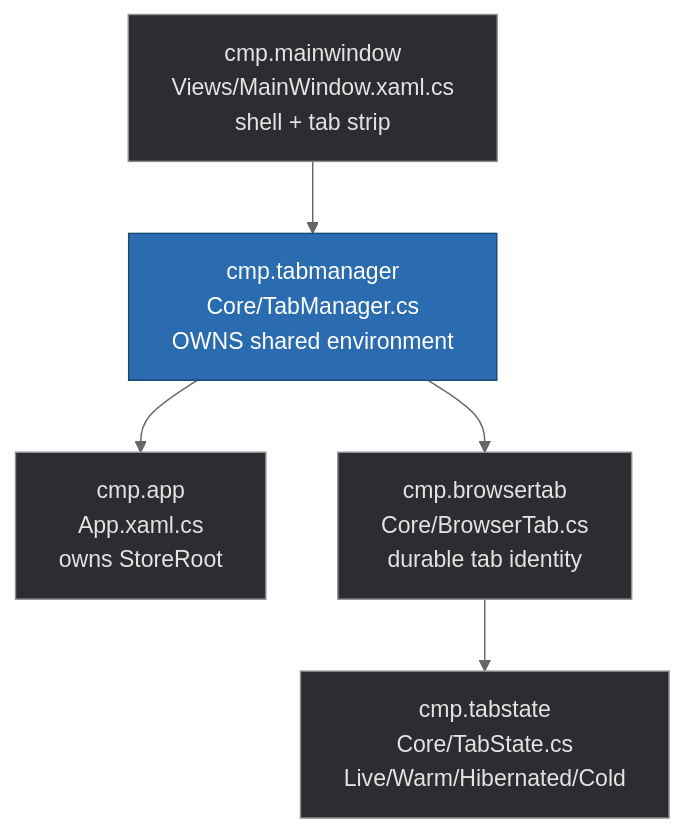
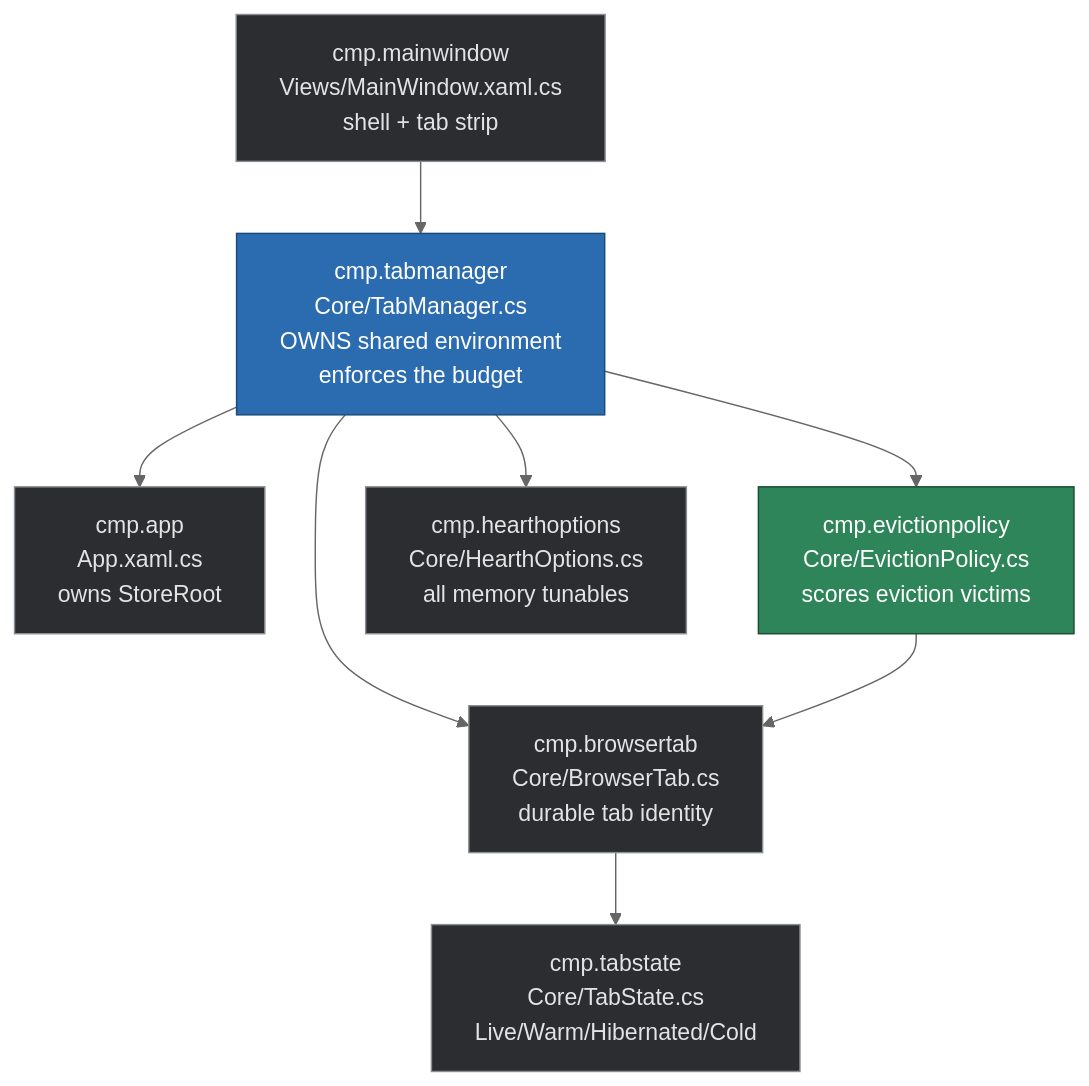
Before and after one commit to akashmannil/browser-optimize: the second of 2 diagrams in docs/knowledge-graph.md, drawn with Mermaid (neutral theme). The commit also changed other lines of this file and 8 other files, not shown here.

First line of the commit message:
feat: enforce a live-tab budget with score-based eviction

````diff
--- a/docs/knowledge-graph.md
+++ b/docs/knowledge-graph.md
@@ -133,19 +169,26 @@
 ```mermaid
 graph TD
   APP["cmp.app<br/>App.xaml.cs<br/>owns StoreRoot"]
   MW["cmp.mainwindow<br/>Views/MainWindow.xaml.cs<br/>shell + tab strip"]
-  TM["cmp.tabmanager<br/>Core/TabManager.cs<br/>OWNS shared environment"]
+  TM["cmp.tabmanager<br/>Core/TabManager.cs<br/>OWNS shared environment<br/>enforces the budget"]
   BT["cmp.browsertab<br/>Core/BrowserTab.cs<br/>durable tab identity"]
   TS["cmp.tabstate<br/>Core/TabState.cs<br/>Live/Warm/Hibernated/Cold"]
+  EP["cmp.evictionpolicy<br/>Core/EvictionPolicy.cs<br/>scores eviction victims"]
+  HO["cmp.hearthoptions<br/>Core/HearthOptions.cs<br/>all memory tunables"]
 
   MW --> TM
   TM --> APP
   TM --> BT
+  TM --> EP
+  TM --> HO
+  EP --> BT
   BT --> TS
 
   style APP fill:#2B2D31,stroke:#8A8D93,color:#E3E3E3
   style MW  fill:#2B2D31,stroke:#8A8D93,color:#E3E3E3
   style TM  fill:#2B6CB0,stroke:#1a4a7a,color:#fff
   style BT  fill:#2B2D31,stroke:#8A8D93,color:#E3E3E3
   style TS  fill:#2B2D31,stroke:#8A8D93,color:#E3E3E3
+  style EP  fill:#2F855A,stroke:#1a4a30,color:#fff
+  style HO  fill:#2B2D31,stroke:#8A8D93,color:#E3E3E3
 ```
````
